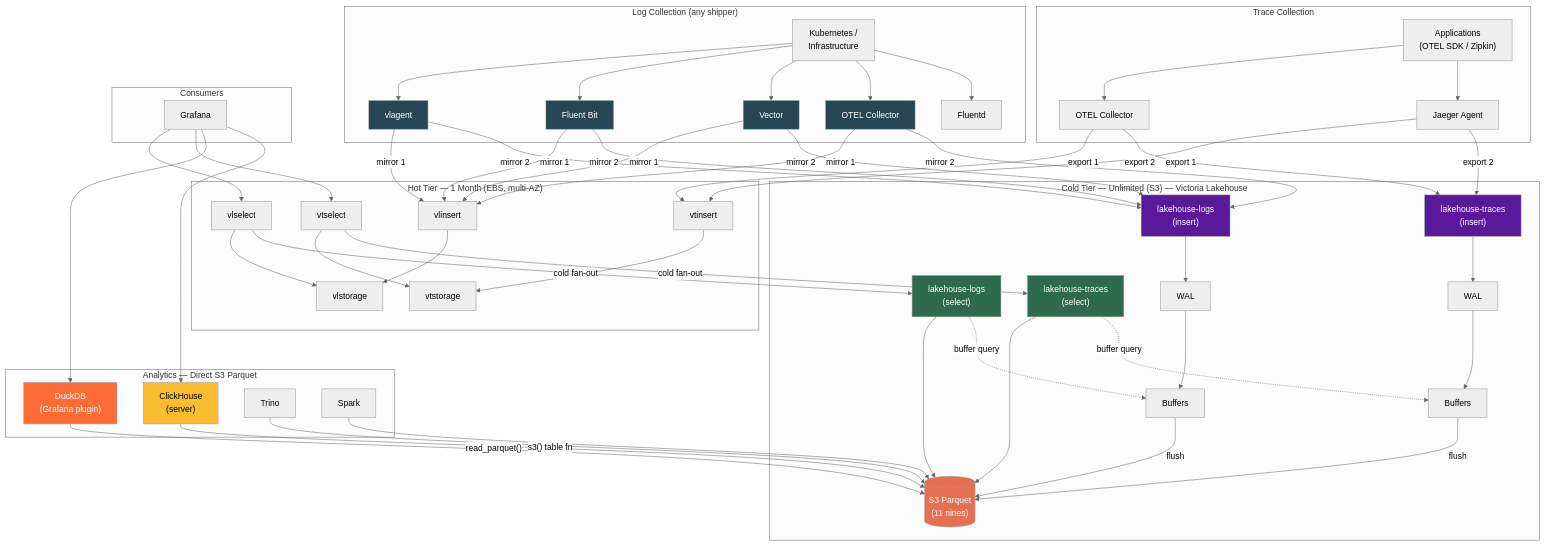
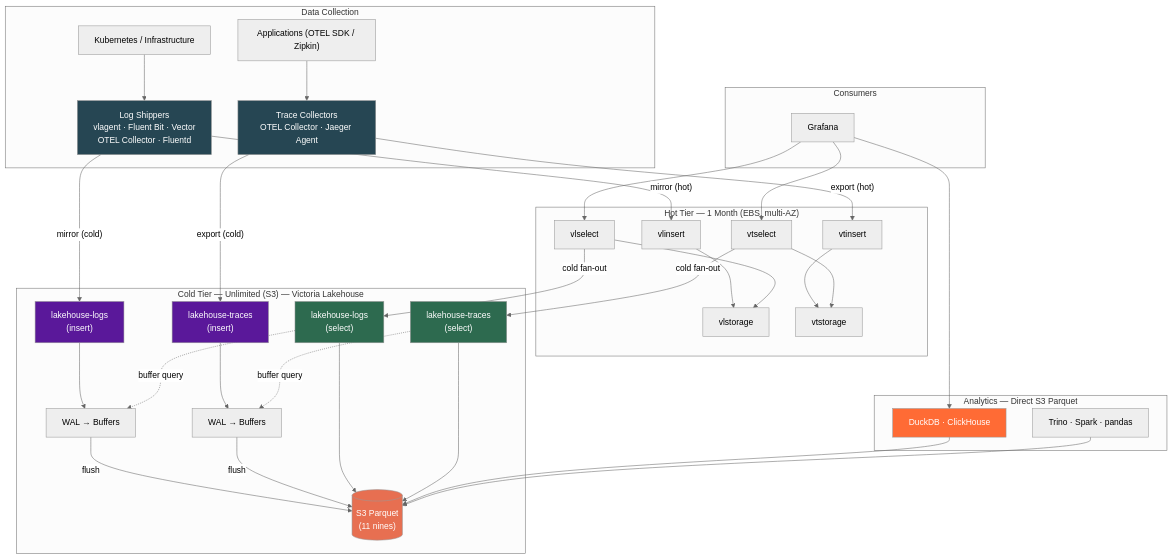
The first of 10 diagrams in README.md (ReliablyObserve/victoria-lakehouse), drawn with Mermaid (neutral theme) before and after one commit.

Commit message:
docs: simplify architecture diagram — group shippers into single blocks
Consolidate individual shipper nodes (vlagent, Fluent Bit, Vector,
OTEL Collector, Fluentd) into one 'Log Shippers' block and trace
collectors (OTEL Collector, Jaeger Agent) into one 'Trace Collectors'
block. Reduces arrows from ~20 to 4 and makes the diagram scannable.

````diff
--- a/README.md
+++ b/README.md
@@ -120,81 +120,56 @@
 ```mermaid
 graph TB
-    subgraph "Log Collection (any shipper)"
-        K8S["Kubernetes /<br/>Infrastructure"]
-        K8S --> VA["vlagent"]
-        K8S --> FB["Fluent Bit"]
-        K8S --> VEC["Vector"]
-        K8S --> OC["OTEL Collector"]
-        K8S --> FD["Fluentd"]
-    end
-
-    subgraph "Trace Collection"
-        APP["Applications<br/>(OTEL SDK / Zipkin)"]
-        APP --> OC2["OTEL Collector"]
-        APP --> JA["Jaeger Agent"]
+    subgraph "Data Collection"
+        K8S["Kubernetes / Infrastructure"]
+        LOG["Log Shippers<br/>vlagent · Fluent Bit · Vector<br/>OTEL Collector · Fluentd"]
+        APP["Applications (OTEL SDK / Zipkin)"]
+        TRACE["Trace Collectors<br/>OTEL Collector · Jaeger Agent"]
+        K8S --> LOG
+        APP --> TRACE
     end
 
     subgraph "Hot Tier — 1 Month (EBS, multi-AZ)"
-        VA -->|mirror 1| VLI["vlinsert"]
-        FB -->|mirror 1| VLI
-        VEC -->|mirror 1| VLI
-        OC -->|mirror 1| VLI
-        OC2 -->|export 1| VTI["vtinsert"]
-        JA -->|export 1| VTI
-        VLI --> VLSTO["vlstorage"]
-        VTI --> VTSTO["vtstorage"]
-        VLSEL["vlselect"]
-        VTSEL["vtselect"]
-        VLSEL --> VLSTO
-        VTSEL --> VTSTO
+        VLI["vlinsert"] --> VLSTO["vlstorage"]
+        VTI["vtinsert"] --> VTSTO["vtstorage"]
+        VLSEL["vlselect"] --> VLSTO
+        VTSEL["vtselect"] --> VTSTO
     end
 
     subgraph "Cold Tier — Unlimited (S3) — Victoria Lakehouse"
-        VA -->|mirror 2| LHL["lakehouse-logs<br/>(insert)"]
-        FB -->|mirror 2| LHL
-        VEC -->|mirror 2| LHL
-        OC -->|mirror 2| LHL
-        OC2 -->|export 2| LHT["lakehouse-traces<br/>(insert)"]
-        JA -->|export 2| LHT
-        LHL --> WAL1["WAL"]
-        LHT --> WAL2["WAL"]
-        WAL1 --> BUF1["Buffers"]
-        WAL2 --> BUF2["Buffers"]
-        BUF1 -->|flush| S3[("S3 Parquet<br/>(11 nines)")]
-        BUF2 -->|flush| S3
-        LHLS["lakehouse-logs<br/>(select)"]
-        LHTS["lakehouse-traces<br/>(select)"]
-        LHLS --> S3
-        LHTS --> S3
-        LHLS -.->|buffer query| BUF1
-        LHTS -.->|buffer query| BUF2
+        LHL["lakehouse-logs<br/>(insert)"] --> WAL1["WAL → Buffers"]
+        LHT["lakehouse-traces<br/>(insert)"] --> WAL2["WAL → Buffers"]
+        WAL1 -->|flush| S3[("S3 Parquet<br/>(11 nines)")]
+        WAL2 -->|flush| S3
+        LHLS["lakehouse-logs<br/>(select)"] --> S3
+        LHTS["lakehouse-traces<br/>(select)"] --> S3
+        LHLS -.->|buffer query| WAL1
+        LHTS -.->|buffer query| WAL2
     end
+
+    LOG -->|"mirror (hot)"| VLI
+    LOG -->|"mirror (cold)"| LHL
+    TRACE -->|"export (hot)"| VTI
+    TRACE -->|"export (cold)"| LHT
 
     subgraph "Consumers"
         GF["Grafana"] --> VLSEL
         GF --> VTSEL
         VLSEL -->|cold fan-out| LHLS
         VTSEL -->|cold fan-out| LHTS
     end
 
     subgraph "Analytics — Direct S3 Parquet"
-        GF --> DDB["DuckDB<br/>(Grafana plugin)"]
-        GF --> CH["ClickHouse<br/>(server)"]
-        DDB -->|"read_parquet()"| S3
-        CH -->|"s3() table fn"| S3
-        TRI["Trino"] --> S3
-        SPK["Spark"] --> S3
+        GF --> DDB["DuckDB · ClickHouse"]
+        DDB --> S3
+        TRI["Trino · Spark · pandas"] --> S3
     end
 
     style S3 fill:#e76f51,color:#fff
     style LHL fill:#5a189a,color:#fff
     style LHT fill:#5a189a,color:#fff
     style LHLS fill:#2d6a4f,color:#fff
     style LHTS fill:#2d6a4f,color:#fff
-    style VA fill:#264653,color:#fff
-    style FB fill:#264653,color:#fff
-    style VEC fill:#264653,color:#fff
-    style OC fill:#264653,color:#fff
+    style LOG fill:#264653,color:#fff
+    style TRACE fill:#264653,color:#fff
     style DDB fill:#ff6b35,color:#fff
-    style CH fill:#fabd2f,color:#000
 ```
````
